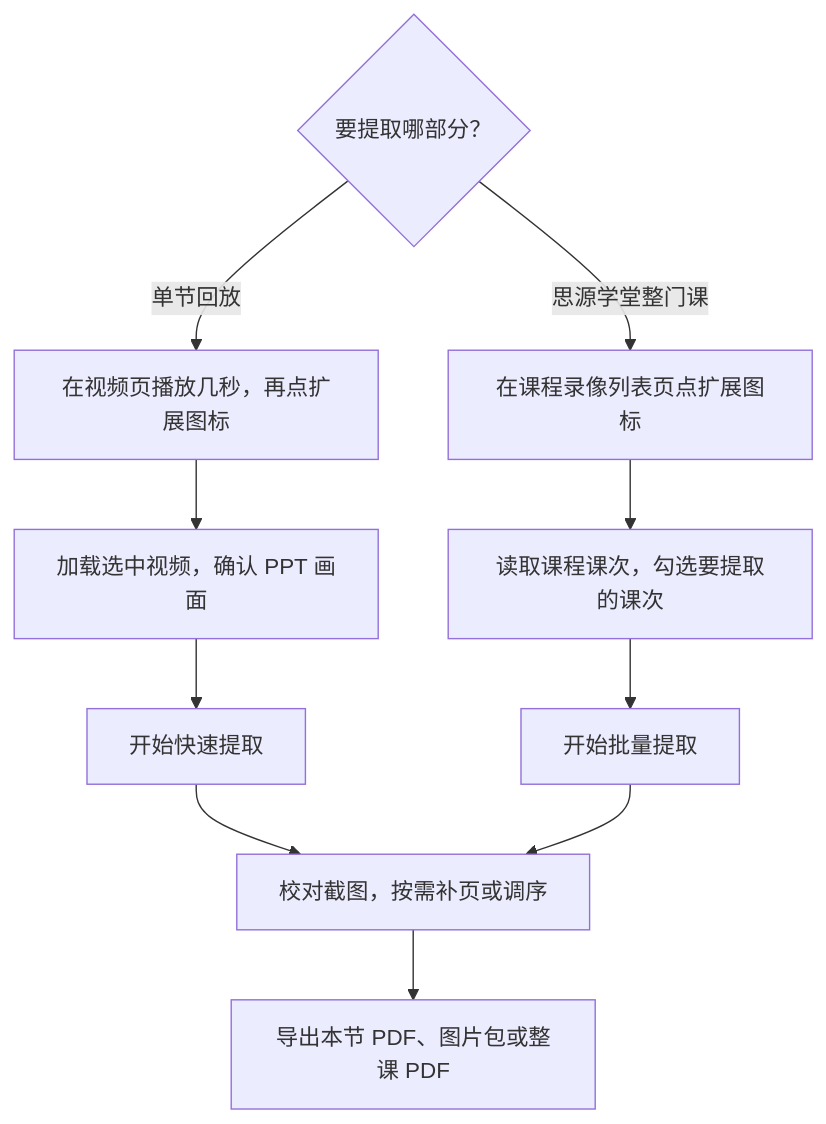
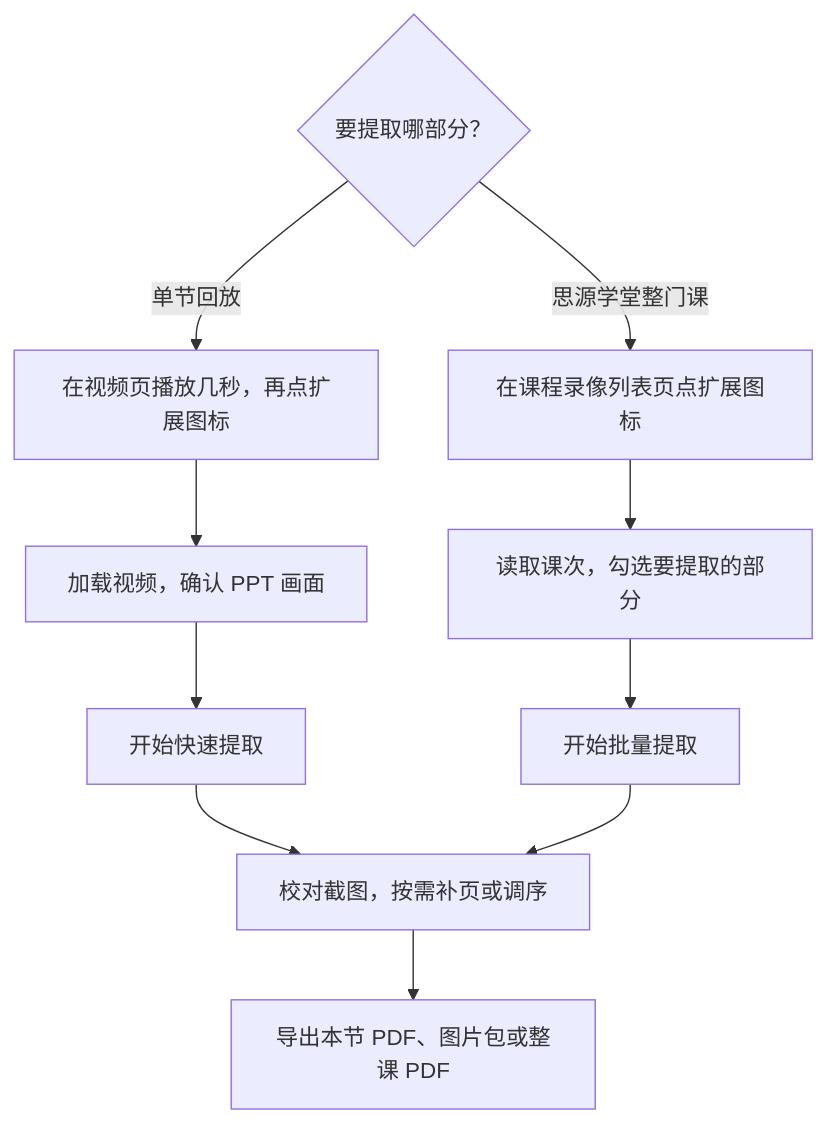
The diagram in README.md (MeowSaint/XJTU-PPT-Capture-Extension), drawn with Mermaid before and after one commit. The commit also changed other lines of this file and 1 other file, not shown here.

````diff
--- a/README.md
+++ b/README.md
@@ -33,13 +33,13 @@
 ```mermaid
 flowchart TD
     scope{"要提取哪部分？"}
     scope -->|单节回放| video["在视频页播放几秒，再点扩展图标"]
     scope -->|思源学堂整门课| course["在课程录像列表页点扩展图标"]
-    video --> load["加载选中视频，确认 PPT 画面"]
-    course --> select["读取课程课次，勾选要提取的课次"]
+    video --> load["加载视频，确认 PPT 画面"]
+    course --> select["读取课次，勾选要提取的部分"]
     load --> scan["开始快速提取"]
     select --> batch["开始批量提取"]
     scan --> review["校对截图，按需补页或调序"]
     batch --> review
     review --> save["导出本节 PDF、图片包或整课 PDF"]
 ```
````
